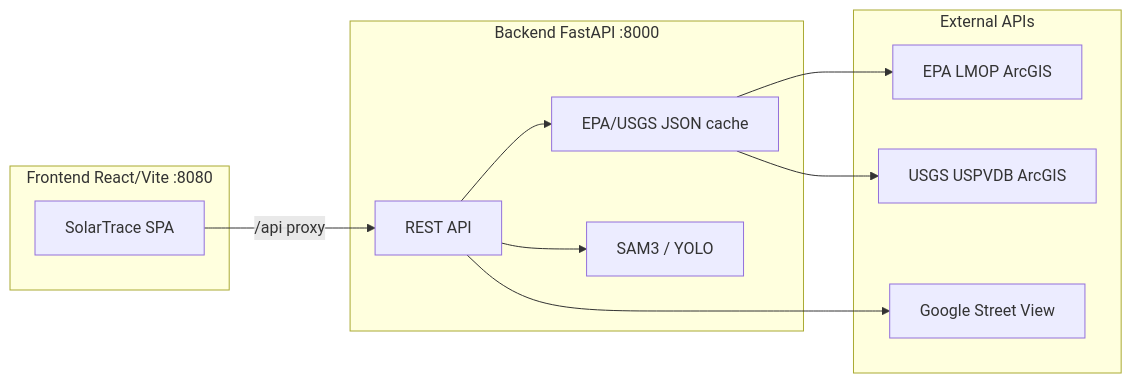
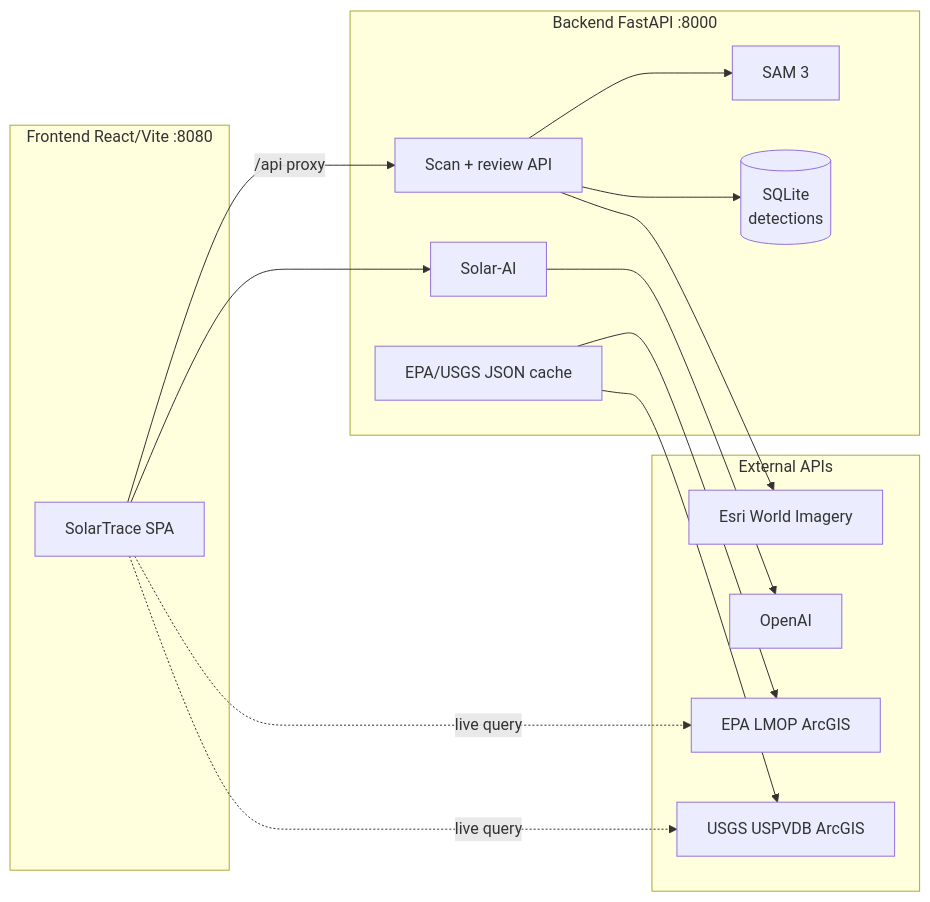
The diagram in README.md (tseten14/solar-panel-pathways), drawn with Mermaid before and after one commit. The commit also changed other lines of this file, not shown here.

````diff
--- a/README.md
+++ b/README.md
@@ -7,22 +9,29 @@
 ```mermaid
 flowchart LR
   subgraph frontend [Frontend React/Vite :8080]
     SPA[SolarTrace SPA]
   end
   subgraph backend [Backend FastAPI :8000]
-    API[REST API]
+    Scan[Scan + review API]
+    AI[Solar-AI]
     Cache[EPA/USGS JSON cache]
-    CV[SAM3 / YOLO]
+    DB[(SQLite<br/>detections)]
+    SAM[SAM 3]
   end
   subgraph external [External APIs]
     EPA[EPA LMOP ArcGIS]
     USGS[USGS USPVDB ArcGIS]
-    GMaps[Google Street View]
+    ESRI[Esri World Imagery]
+    OAI[OpenAI]
   end
-  SPA -->|"/api proxy"| API
-  API --> Cache
+  SPA -->|"/api proxy"| Scan
+  SPA --> AI
+  SPA -.->|live query| EPA
+  SPA -.->|live query| USGS
+  Scan --> SAM
+  Scan --> DB
+  Scan --> ESRI
+  AI --> OAI
   Cache --> EPA
   Cache --> USGS
-  API --> CV
-  API --> GMaps
 ```
````
